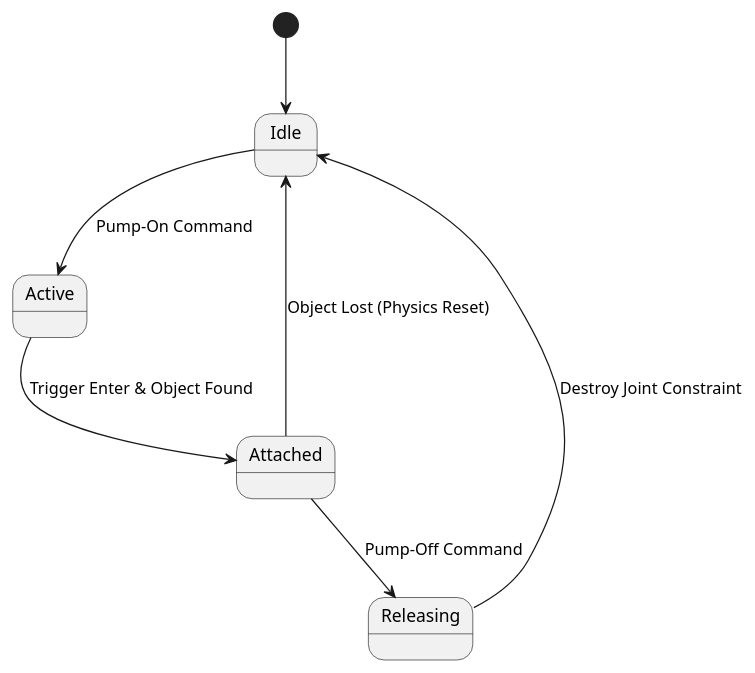
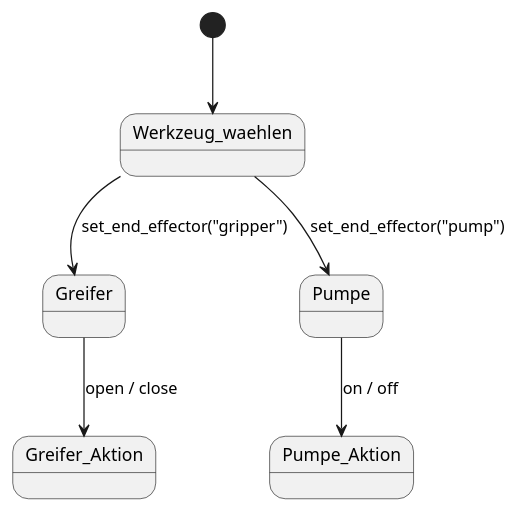
One commit to Stonehouse1703/DigitalTwin-for-MyPalletizer-UnityVersion changed the second of 2 diagrams in docs/asciidoc/chapters/08_concepts.adoc. Above: the diagram before and after it, drawn with PlantUML. The commit also changed other lines of this file and 4 other files, not shown here.

```diff
--- a/docs/asciidoc/chapters/08_concepts.adoc
+++ b/docs/asciidoc/chapters/08_concepts.adoc
@@ -41,11 +68,11 @@
-[plantuml, target="diagram-pump-state", format="png"]
+[plantuml, target="diagram-end-effector-concept", format="png"]
 ----
 @startuml
-[*] --> Idle
-Idle --> Active : Pump-On Command
-Active --> Attached : Trigger Enter & Object Found
-Attached --> Releasing : Pump-Off Command
-Releasing --> Idle : Destroy Joint Constraint
-Attached --> Idle : Object Lost (Physics Reset)
+[*] --> Werkzeug_waehlen
+Werkzeug_waehlen --> Greifer : set_end_effector("gripper")
+Werkzeug_waehlen --> Pumpe : set_end_effector("pump")
+
+Greifer --> Greifer_Aktion : open / close
+Pumpe --> Pumpe_Aktion : on / off
 @enduml
 ----
```
